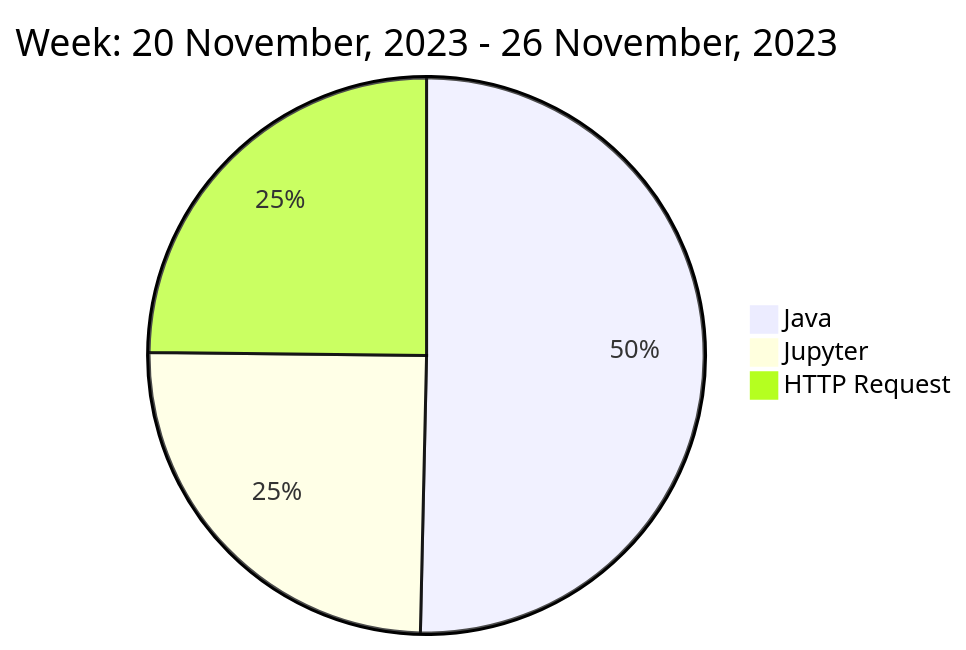
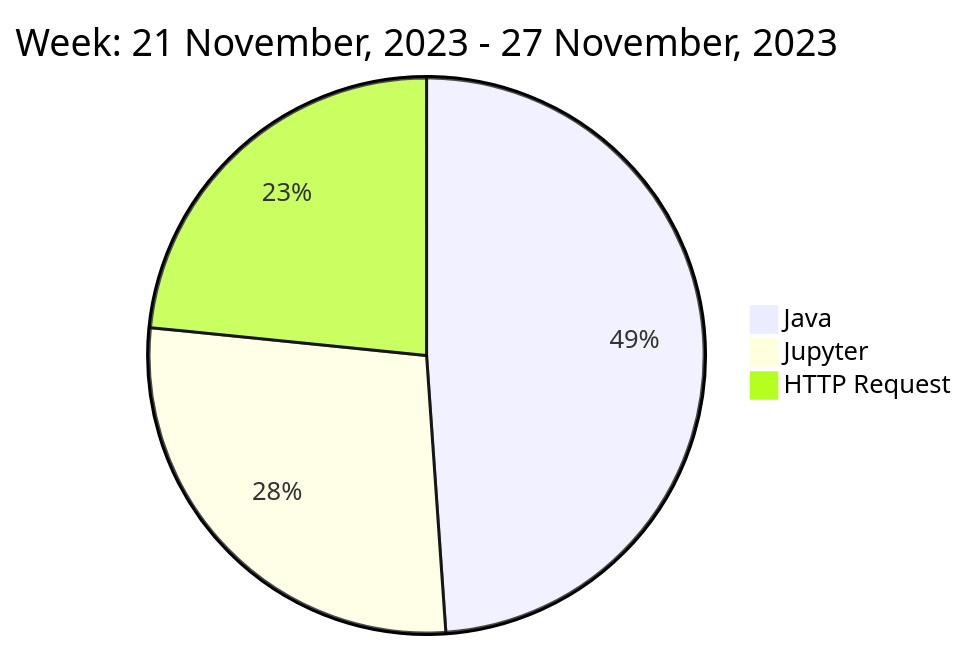
Before and after one commit to liubin95/liubin95: the diagram in README.md, drawn with Mermaid.

Commit message:
Updated the Graph with new Metrics

````diff
--- a/README.md
+++ b/README.md
@@ -37,7 +37,7 @@
 ```mermaid
  pie
-title Week: 20 November, 2023 - 26 November, 2023
- "Java" : 4.97
- "Jupyter" : 2.45
- "HTTP Request" : 2.45
+title Week: 21 November, 2023 - 27 November, 2023
+ "Java" : 3.97
+ "Jupyter" : 2.25
+ "HTTP Request" : 1.9
 ```
````
